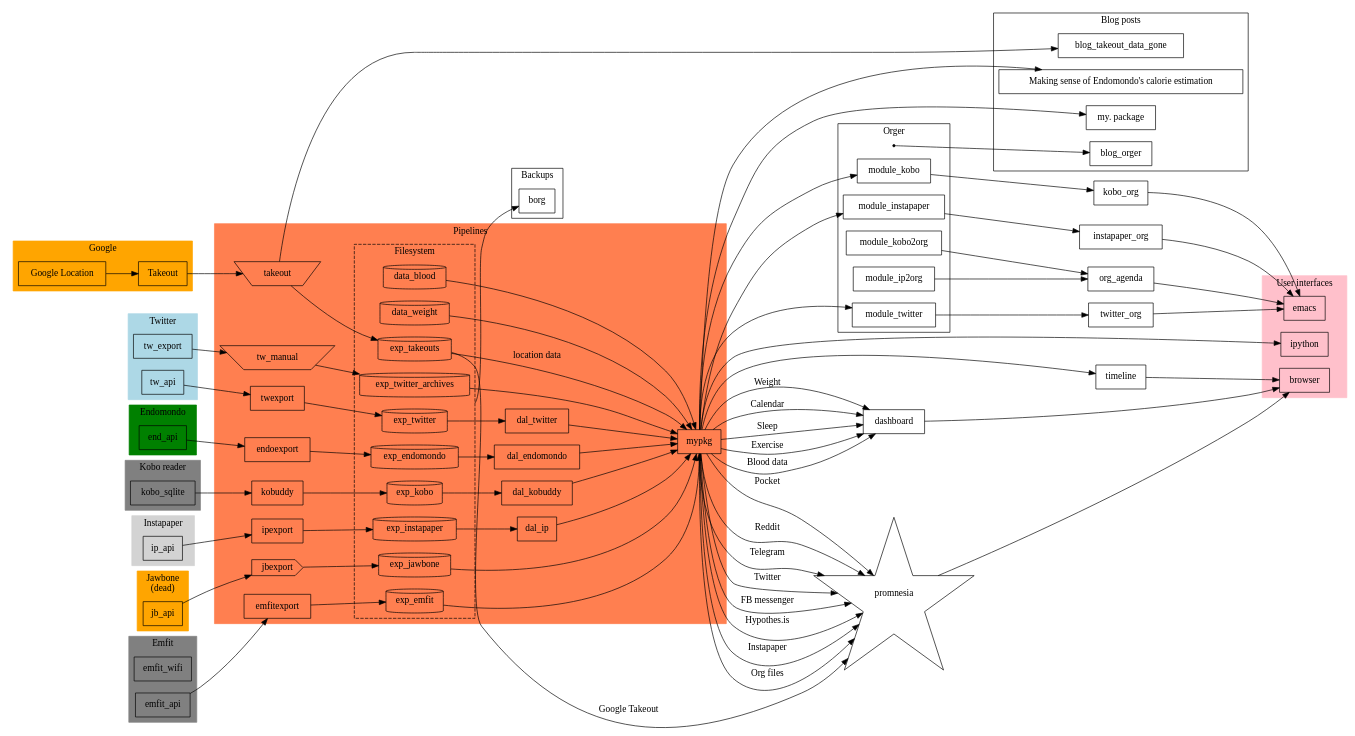
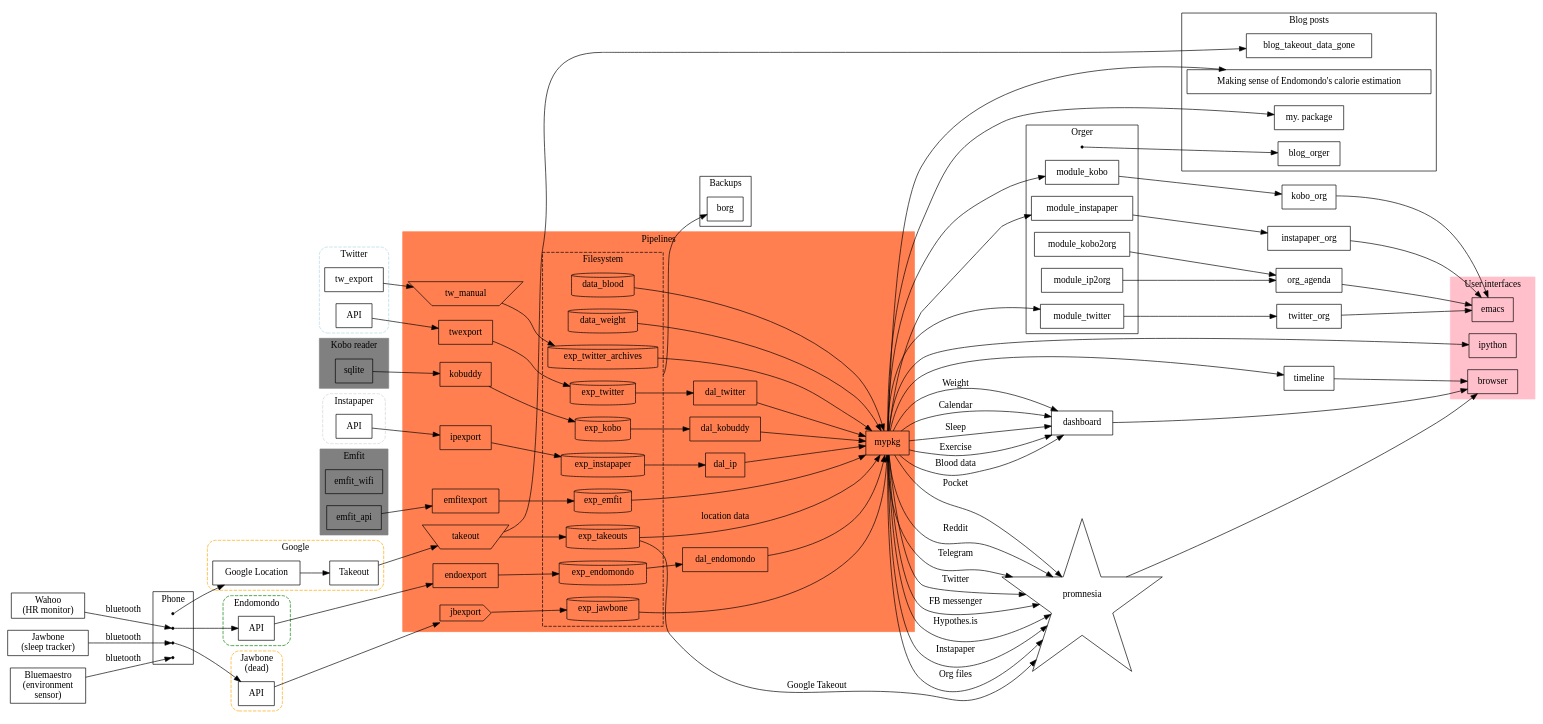
Before and after one commit to karlicoss/myinfra: the diagram in infra.dot, drawn with Graphviz.

Commit message:
more stuff on diagram

```diff
--- a/infra.dot
+++ b/infra.dot
@@ -1,4 +1,7 @@
 # http://www.graphviz.org/content/cluster
+# TODO https://www.graphviz.org/doc/info/colors.html
+// https://www.rff.com/flowchart_shapes.php
+// https://www.graphviz.org/doc/info/shapes.html
 
 digraph G {
   # https://stackoverflow.com/a/2012106/706389
@@ -10,9 +13,22 @@
   rankdir="LR";
 
 
+subgraph cluster_phone {
+  label="Phone";
+  node [shape=point];
+
+  gps;
+
+  app_endomondo;
+  app_bluemaestro;
+  app_jawbone;
+  // phone;
+}
+
+
 subgraph cluster_google {
   label="Google";
-  style=filled;
+  style="dashed,rounded";
   color=orange;
   // rankdir="TB";  // eh? not working..
 
@@ -20,54 +36,98 @@
   # TODO "timeline" can be treated as poor man's api??
   "Google Location" -> "Takeout";
 }
+
+gps -> "Google Location";
+
+# TODO distinguish 'device' and 'service'; display legend
+
+# Demonstrates how much indirection is there if you want to own your data
+
+
 # TODO eh, these extra nodes are useles..
 
 subgraph cluster_twittercom {
 	label="Twitter";
-	style=filled;
+	style="dashed,rounded";
 	color=lightblue;
 	// node [style=filled,color=white];
 
   tw_export;
-  tw_api;
+  tw_api [label=API];
 	// a0 -> a1 -> a2 -> a3;
 }
 
+// TODO phone location data
+// subgraph cluster_wahoo {
+//   label="Wahoo";
+//   style=filled;
+wahoo [label="Wahoo\n(HR monitor)"];
+// }
+
+
+wahoo -> app_endomondo [label=bluetooth];
+
+
+jawbone [label="Jawbone\n(sleep tracker)"];
+
+jawbone -> app_jawbone [label=bluetooth];
+
+// subgraph cluster_bluemaestro {
+//   label="Bluemaestro";
+//   style=filled;
+//   bluemaestro;
+// }
+// TODO links?
+bluemaestro [label="Bluemaestro\n(environment\nsensor)"];
+
+bluemaestro -> app_bluemaestro [label=bluetooth];
+// TODO pehraps need arrows _through_ phone. e.g. via invisible dots or something
+
 subgraph cluster_endomondo {
 	label="Endomondo";
-  style=filled;
+  style="dashed,rounded";
   color=green;
-  end_api;
+  end_api [label=API];
 	// node [style=filled];
 	// b0 -> b1 -> b2 -> b3;
 }
 
+app_endomondo -> end_api; // TODO
+
+// TODO jawbone device? (useless?)
+
 # TODO indicate frequencies?
+
+// TODO kindle (unused)
 
 subgraph cluster_kobo {
   label="Kobo reader";
   style=filled;
   color=gray;
-  kobo_sqlite;
+  kobo_sqlite [label=sqlite];
 }
 
 # TODO also could show how data gets _into_ the services, i.e. clients?
 subgraph cluster_instapaper {
   label="Instapaper";
-  style=filled;
+  style="dashed,rounded";
   color=lightgray;
 
-  ip_api;
+  ip_api [label=API];
 }
 
 # TODO demonstrate that it's dead
 subgraph cluster_jawbone {
   label="Jawbone\n(dead)";
-  style=filled;
+  style="dashed,rounded";
   color=orange;
 
-  jb_api;
+  jb_api [label=API];
 }
+
+
+app_jawbone -> jb_api;
+
 
 subgraph cluster_emfit {
   label="Emfit";
@@ -83,7 +143,6 @@
   label="Pipelines";
   style=filled;
   color=coral;
-  # TODO https://www.graphviz.org/doc/info/colors.html
 
   # TODO more like 'cluster_fs'?
   # meh
@@ -115,7 +174,7 @@
   twexport;
   endoexport;
   ipexport;
-  jbexport [shape=cds];
+  jbexport [shape=cds]; // TODO cross out maybe?
   # TODO eh, figure out better shape for 'dead'
   # TODO perhaps makes more sense to mark edge?
 
@@ -250,7 +309,6 @@
 # TODO distinguish regular manual tasks and 'only once' manual tasks
 # perhaps highlight regular manual with red
 # TODO kobo -- semi manual?
-# https://www.graphviz.org/doc/info/shapes.html
 
 promnesia [shape=star];
 
```
